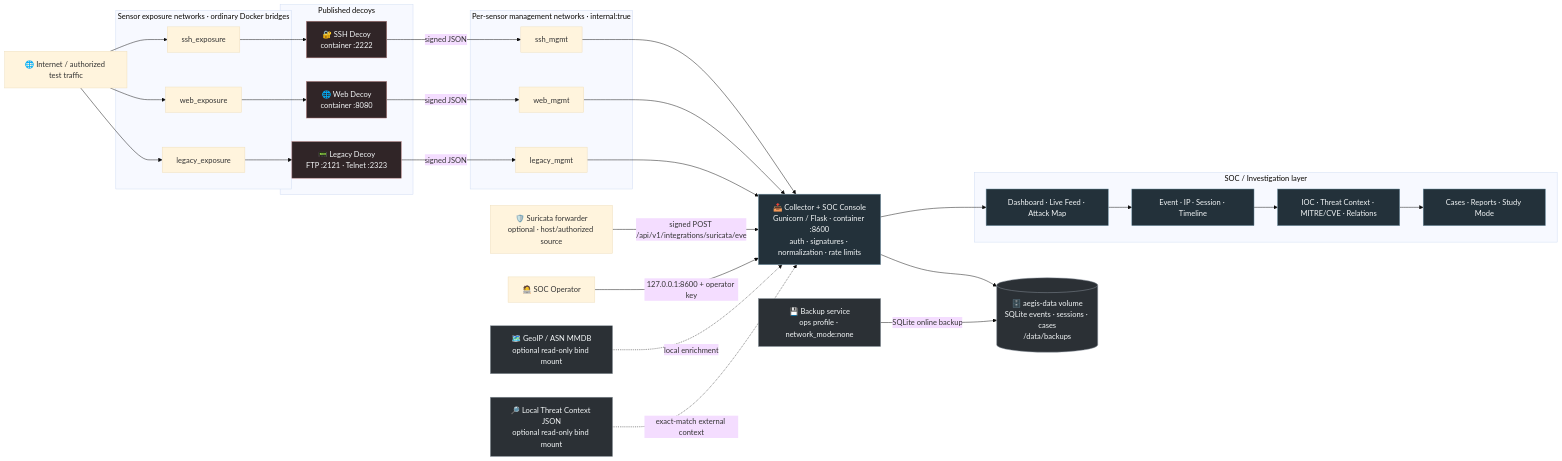
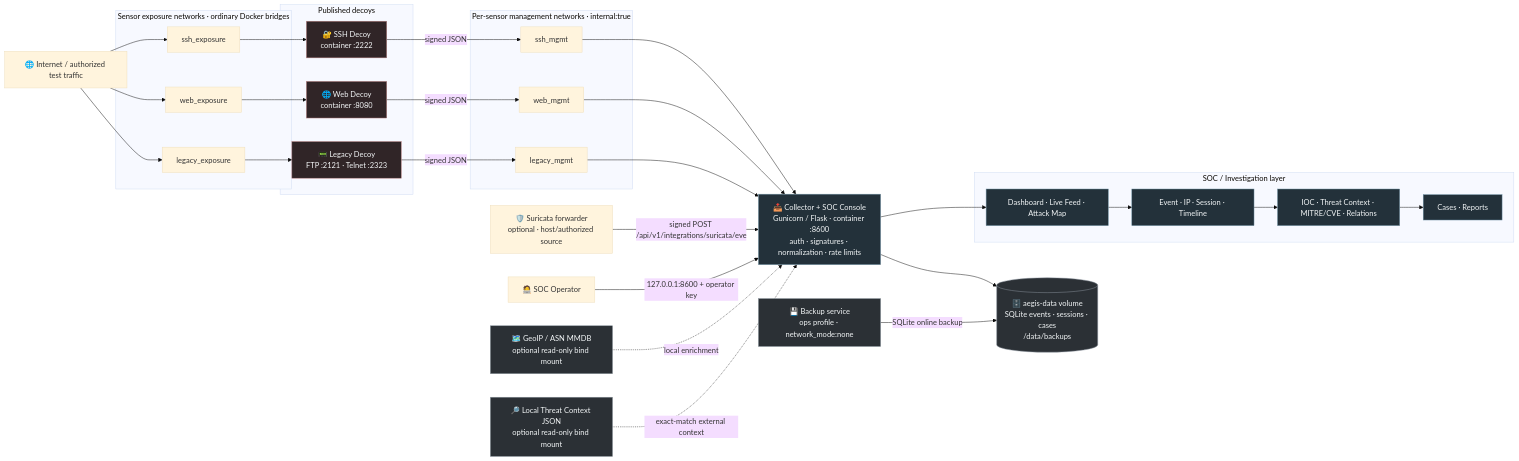
The diagram in README.md (chiaraberti13/AEGIS-NEXUS), drawn with Mermaid (base theme) before and after one commit. The commit also changed other lines of this file and 13 other files, not shown here.

First line of the commit message:
feat(study)!: remove Study Mode (module, endpoints, view, docs) — Cycle J dropped

````diff
--- a/README.md
+++ b/README.md
@@ -55,62 +55,62 @@
 ```mermaid
 flowchart LR
     traffic["🌐 Internet / authorized test traffic"]
     operator["🧑‍💻 SOC Operator"]
     suricata["🛡️ Suricata forwarder<br/>optional · host/authorized source"]
 
     subgraph exposure["Sensor exposure networks · ordinary Docker bridges"]
         sx["ssh_exposure"]
         wx["web_exposure"]
         lx["legacy_exposure"]
     end
 
     subgraph traps["Published decoys"]
         ssh["🔐 SSH Decoy<br/>container :2222"]
         web["🌐 Web Decoy<br/>container :8080"]
         legacy["📟 Legacy Decoy<br/>FTP :2121 · Telnet :2323"]
     end
 
     subgraph mgmt["Per-sensor management networks · internal:true"]
         sm["ssh_mgmt"]
         wm["web_mgmt"]
         lm["legacy_mgmt"]
     end
 
     collector["📥 Collector + SOC Console<br/>Gunicorn / Flask · container :8600<br/>auth · signatures · normalization · rate limits"]
     data[("🗄️ aegis-data volume<br/>SQLite events · sessions · cases<br/>/data/backups")]
     geo["🗺️ GeoIP / ASN MMDB<br/>optional read-only bind mount"]
     threat["🔎 Local Threat Context JSON<br/>optional read-only bind mount"]
     backup["💾 Backup service<br/>ops profile · network_mode:none"]
 
     subgraph soc["SOC / Investigation layer"]
         dashboard["Dashboard · Live Feed · Attack Map"]
         investigation["Event · IP · Session · Timeline"]
         analysis["IOC · Threat Context · MITRE/CVE · Relations"]
-        cases["Cases · Reports · Study Mode"]
+        cases["Cases · Reports"]
     end
 
     traffic --> sx --> ssh
     traffic --> wx --> web
     traffic --> lx --> legacy
 
     ssh -->|"signed JSON"| sm --> collector
     web -->|"signed JSON"| wm --> collector
     legacy -->|"signed JSON"| lm --> collector
 
     suricata -->|"signed POST /api/v1/integrations/suricata/eve"| collector
     operator -->|"127.0.0.1:8600 + operator key"| collector
 
     geo -. "local enrichment" .-> collector
     threat -. "exact-match external context" .-> collector
 
     collector --> data
     backup -->|"SQLite online backup"| data
     collector --> dashboard --> investigation --> analysis --> cases
 
     classDef trap fill:#302527,stroke:#b98282,color:#f4f7f8;
     classDef core fill:#23313a,stroke:#7193a7,color:#f4f7f8;
     classDef storage fill:#2b3035,stroke:#8b959e,color:#f4f7f8;
     class ssh,web,legacy trap;
     class collector,dashboard,investigation,analysis,cases core;
     class data,geo,threat,backup storage;
 ```
````
